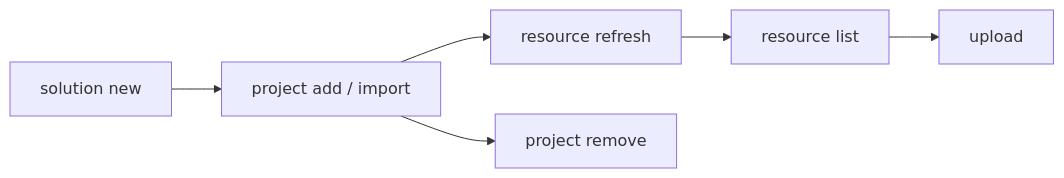
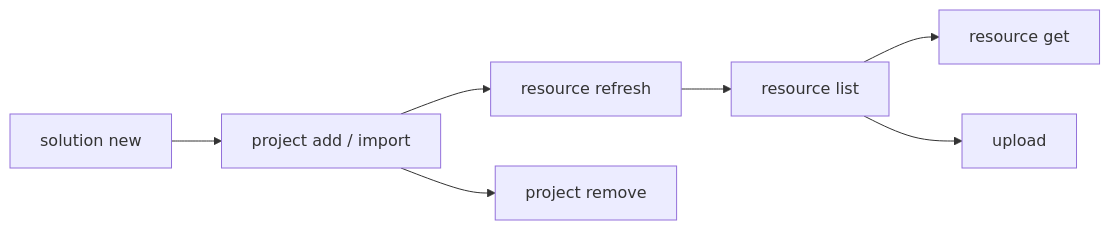
One commit to UiPath/skills changed the diagram in skills/uipath-platform/references/solution/develop-solution.md. Above: the diagram before and after it, drawn with Mermaid. The commit also changed other lines of this file and 2 other files, not shown here.

First line of the commit message:
docs(uipath-platform/solution): add resource get + --solution-folder flag

````diff
--- a/skills/uipath-platform/references/solution/develop-solution.md
+++ b/skills/uipath-platform/references/solution/develop-solution.md
@@ -20,8 +20,9 @@
 ```mermaid
 graph LR
     A[solution new] --> B[project add / import]
     B --> C[resource refresh]
     C --> D[resource list]
+    D --> G[resource get]
     D --> E[upload]
     B --> F[project remove]
 ```
````
